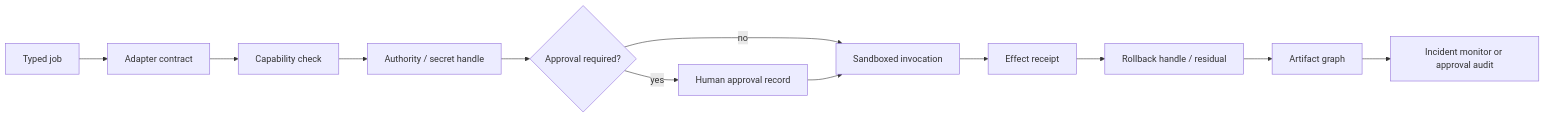
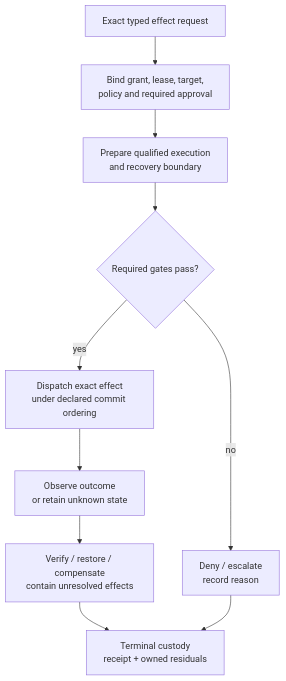
Before and after one commit to corbensorenson/asi-stack-book: the diagram in chapters/runtime-adapters-tool-permissions-and-human-approval.qmd, drawn with Mermaid. The commit also changed other lines of this file and 345 other files, not shown here.

````diff
--- a/chapters/runtime-adapters-tool-permissions-and-human-approval.qmd
+++ b/chapters/runtime-adapters-tool-permissions-and-human-approval.qmd
@@ -220,14 +222,14 @@
 ```{mermaid}
-flowchart LR
-  A["Typed job"] --> B["Adapter contract"]
-  B --> C["Capability check"]
-  C --> D["Authority / secret handle"]
-  D --> E{"Approval required?"}
-  E -- "yes" --> F["Human approval record"]
-  E -- "no" --> G["Sandboxed invocation"]
-  F --> G
-  G --> H["Effect receipt"]
-  H --> I["Rollback handle / residual"]
-  I --> J["Artifact graph"]
-  J --> K["Incident monitor or approval audit"]
+flowchart TD
+  accTitle: Proposed adapter effect admission and custody
+  accDescr: The adapter binds an exact request to current authority, policy-required approval, and a qualified execution and recovery boundary. Failed gates lead to denial or escalation; admitted dispatch leads to observation or an unknown outcome, then verification and recovery custody. Both paths retain a scoped receipt and residual owner. The drawing does not prove commit ordering, enforcement, observation completeness, or restoration.
+  A["Exact typed effect request"] --> B["Bind grant, lease, target,<br/>policy and required approval"]
+  B --> E["Prepare qualified execution<br/>and recovery boundary"]
+  E --> C{"Required gates pass?"}
+  C -- "no" --> D["Deny / escalate<br/>record reason"]
+  C -- "yes" --> F["Dispatch exact effect<br/>under declared commit ordering"]
+  F --> G["Observe outcome<br/>or retain unknown state"]
+  G --> H["Verify / restore / compensate<br/>contain unresolved effects"]
+  H --> I["Terminal custody<br/>receipt + owned residuals"]
+  D --> I
 ```
````
